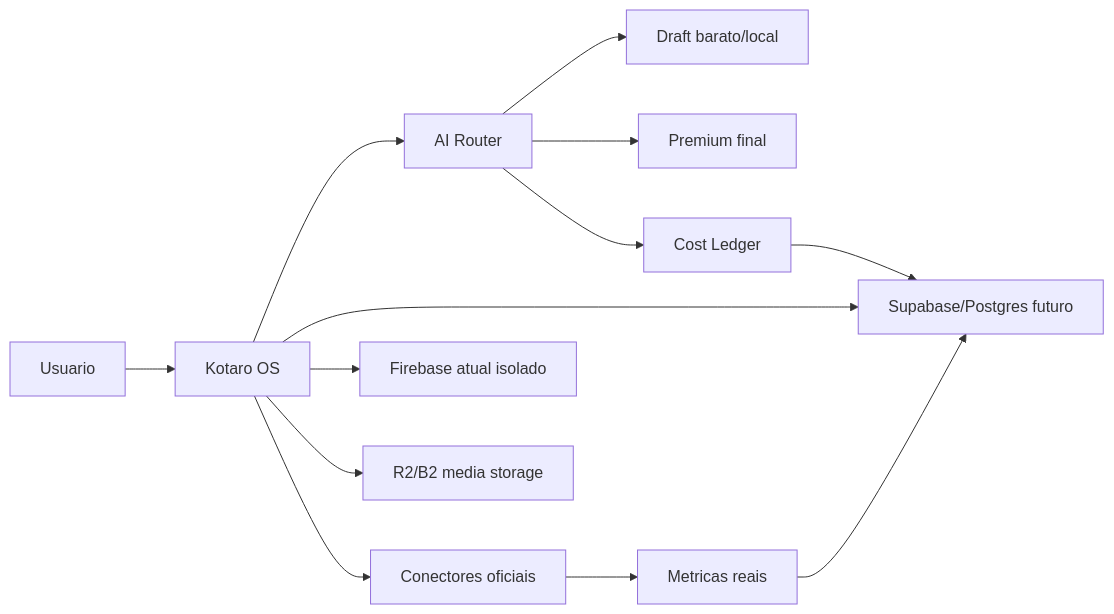
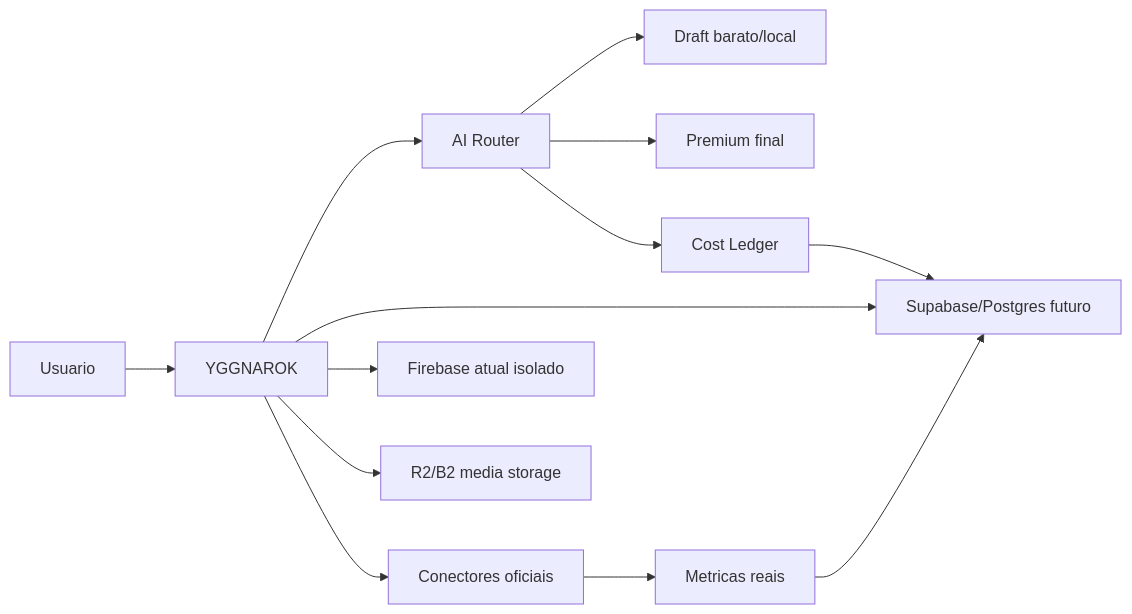
The diagram in docs/OS_INFRA_AI_DATA_ROADMAP.md (kotaroflow/kotaro-creators-os-v1), drawn with Mermaid before and after one commit. The commit also changed other lines of this file and 19 other files, not shown here.

````diff
--- a/docs/OS_INFRA_AI_DATA_ROADMAP.md
+++ b/docs/OS_INFRA_AI_DATA_ROADMAP.md
@@ -152,15 +152,15 @@
 ```mermaid
 flowchart LR
-  U["Usuario"] --> OS["Kotaro OS"]
+  U["Usuario"] --> OS["YGGNAROK"]
   OS --> R["AI Router"]
   R --> D["Draft barato/local"]
   R --> P["Premium final"]
   R --> L["Cost Ledger"]
   OS --> DB["Supabase/Postgres futuro"]
   OS --> F["Firebase atual isolado"]
   OS --> S["R2/B2 media storage"]
   OS --> I["Conectores oficiais"]
   I --> M["Metricas reais"]
   M --> DB
   L --> DB
 ```
````
